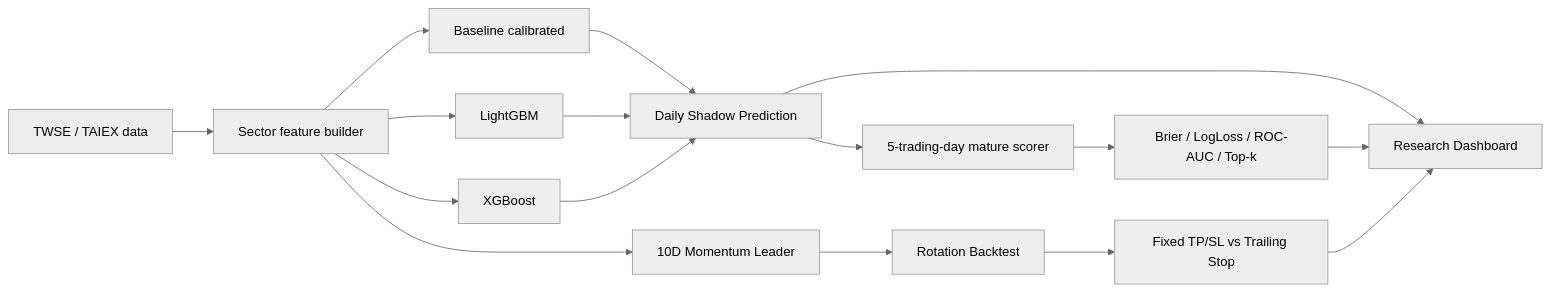
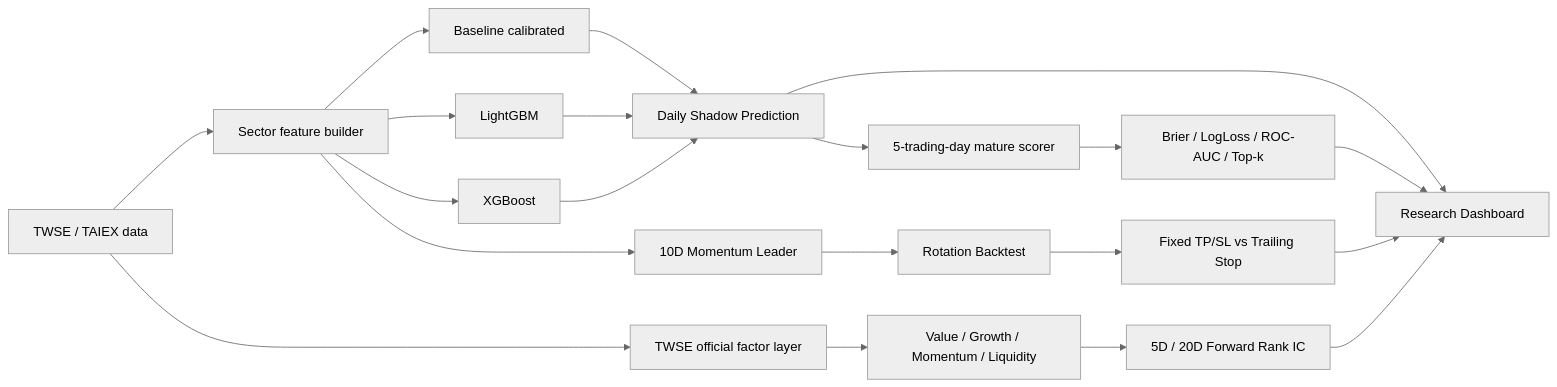
One commit to s0914712/STOCK changed the diagram in README.md. Above: the diagram before and after it, drawn with Mermaid (neutral theme). The commit also changed other lines of this file and 14 other files, not shown here.

Commit message:
Add TWSE factor research layer

````diff
--- a/README.md
+++ b/README.md
@@ -11,20 +11,25 @@
 ```mermaid
 flowchart LR
     A[TWSE / TAIEX data] --> B[Sector feature builder]
     B --> C[Baseline calibrated]
     B --> D[LightGBM]
     B --> E[XGBoost]
     C --> F[Daily Shadow Prediction]
     D --> F
     E --> F
     F --> G[5-trading-day mature scorer]
     G --> H[Brier / LogLoss / ROC-AUC / Top-k]
 
     B --> I[10D Momentum Leader]
     I --> J[Rotation Backtest]
     J --> K[Fixed TP/SL vs Trailing Stop]
 
+    A --> M[TWSE official factor layer]
+    M --> N[Value / Growth / Momentum / Liquidity]
+    N --> O[5D / 20D Forward Rank IC]
+
     F --> L[Research Dashboard]
     H --> L
     K --> L
+    O --> L
 ```
````
